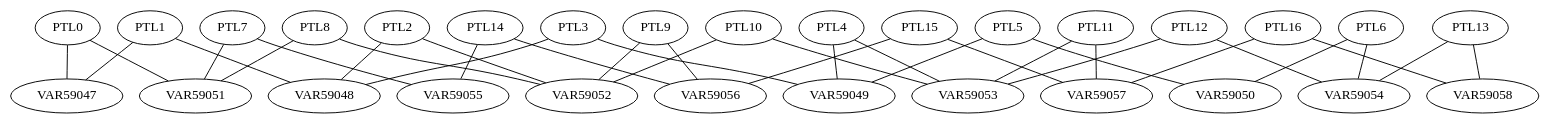
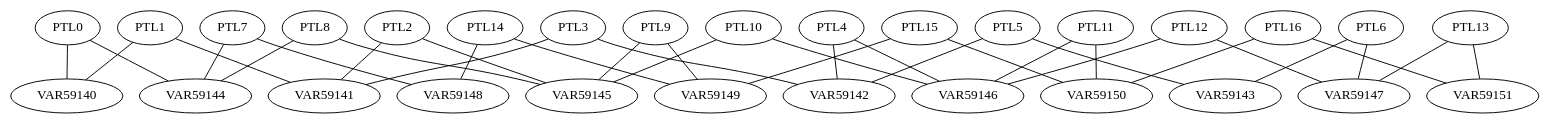
One commit to hmetaxa/MixLDA changed the diagram in grmm-model.dot. Above: the diagram before and after it, drawn with Graphviz. The commit also changed 15 other files, not shown here.

```diff
--- a/grmm-model.dot
+++ b/grmm-model.dot
@@ -1,70 +1,70 @@
 graph model {
-PTL0 -- VAR59047;
+PTL0 -- VAR59140;
 
-PTL0 -- VAR59051;
+PTL0 -- VAR59144;
 
-PTL1 -- VAR59047;
+PTL1 -- VAR59140;
 
-PTL1 -- VAR59048;
+PTL1 -- VAR59141;
 
-PTL2 -- VAR59048;
+PTL2 -- VAR59141;
 
-PTL2 -- VAR59052;
+PTL2 -- VAR59145;
 
-PTL3 -- VAR59048;
+PTL3 -- VAR59141;
 
-PTL3 -- VAR59049;
+PTL3 -- VAR59142;
 
-PTL4 -- VAR59049;
+PTL4 -- VAR59142;
 
-PTL4 -- VAR59053;
+PTL4 -- VAR59146;
 
-PTL5 -- VAR59049;
+PTL5 -- VAR59142;
 
-PTL5 -- VAR59050;
+PTL5 -- VAR59143;
 
-PTL6 -- VAR59050;
+PTL6 -- VAR59143;
 
-PTL6 -- VAR59054;
+PTL6 -- VAR59147;
 
-PTL7 -- VAR59051;
+PTL7 -- VAR59144;
 
-PTL7 -- VAR59055;
+PTL7 -- VAR59148;
 
-PTL8 -- VAR59051;
+PTL8 -- VAR59144;
 
-PTL8 -- VAR59052;
+PTL8 -- VAR59145;
 
-PTL9 -- VAR59052;
+PTL9 -- VAR59145;
 
-PTL9 -- VAR59056;
+PTL9 -- VAR59149;
 
-PTL10 -- VAR59052;
+PTL10 -- VAR59145;
 
-PTL10 -- VAR59053;
+PTL10 -- VAR59146;
 
-PTL11 -- VAR59053;
+PTL11 -- VAR59146;
 
-PTL11 -- VAR59057;
+PTL11 -- VAR59150;
 
-PTL12 -- VAR59053;
+PTL12 -- VAR59146;
 
-PTL12 -- VAR59054;
+PTL12 -- VAR59147;
 
-PTL13 -- VAR59054;
+PTL13 -- VAR59147;
 
-PTL13 -- VAR59058;
+PTL13 -- VAR59151;
 
-PTL14 -- VAR59055;
+PTL14 -- VAR59148;
 
-PTL14 -- VAR59056;
+PTL14 -- VAR59149;
 
-PTL15 -- VAR59056;
+PTL15 -- VAR59149;
 
-PTL15 -- VAR59057;
+PTL15 -- VAR59150;
 
-PTL16 -- VAR59057;
+PTL16 -- VAR59150;
 
-PTL16 -- VAR59058;
+PTL16 -- VAR59151;
 
 }
```
